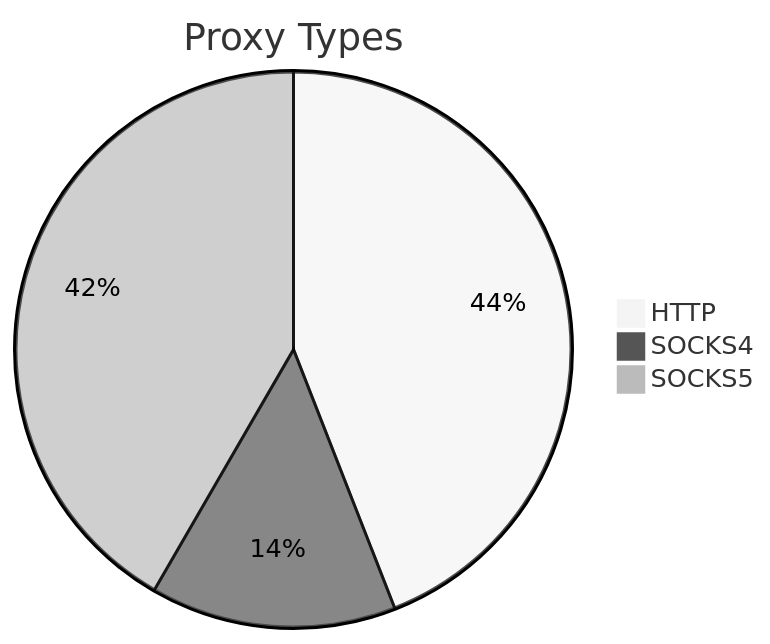
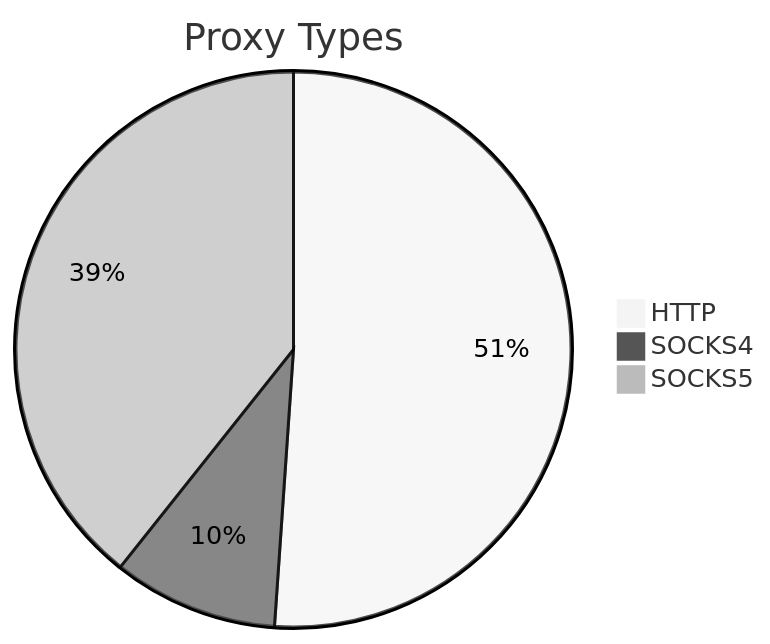
One commit to stormsia/proxy-list changed the first of 2 diagrams in README.md. Above: the diagram before and after it, drawn with Mermaid (neutral theme). The commit also changed other lines of this file, not shown here.

````diff
--- a/README.md
+++ b/README.md
@@ -21,6 +21,6 @@
 ```mermaid
 pie title Proxy Types
-    "HTTP" : 219
-    "SOCKS4" : 71
-    "SOCKS5" : 207
+    "HTTP" : 117
+    "SOCKS4" : 22
+    "SOCKS5" : 90
 ```
````
